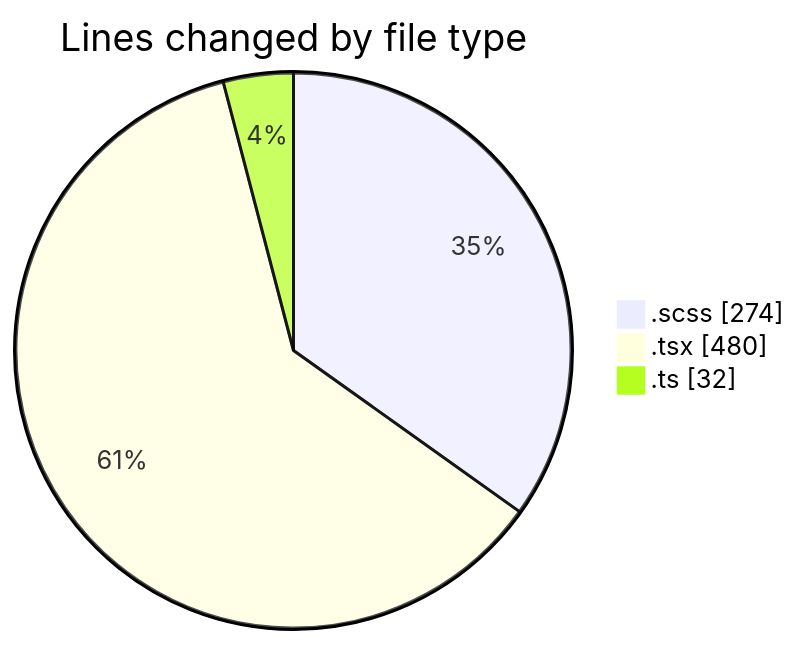
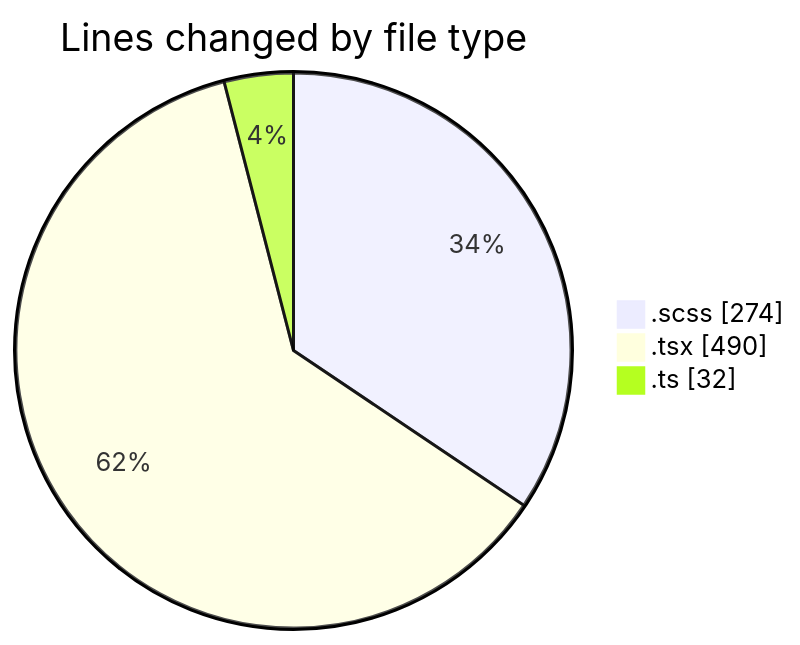
The first of 2 diagrams in 2025-03-04/cda/README.md (momahboobian/code-tracking), drawn with Mermaid before and after one commit. The commit also changed other lines of this file and 1 other file, not shown here.

````diff
--- a/2025-03-04/cda/README.md
+++ b/2025-03-04/cda/README.md
@@ -25,7 +25,7 @@
 ```mermaid
 pie showData
 title Lines changed by file type
 ".scss" : 274
-".tsx" : 480
+".tsx" : 490
 ".ts" : 32
 ```
````
